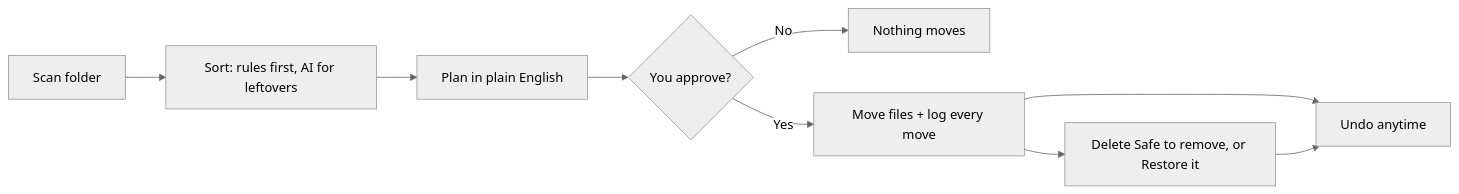
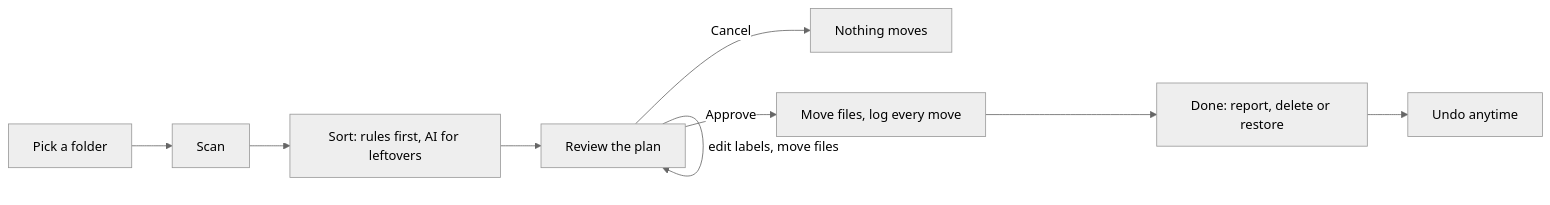
One commit to shifamehreen-005/laptop-care-agent changed the diagram in README.md. Above: the diagram before and after it, drawn with Mermaid (neutral theme). The commit also changed other lines of this file and 8 other files, not shown here.

````diff
--- a/README.md
+++ b/README.md
@@ -17,11 +17,11 @@
 ```mermaid
 flowchart LR
-    A[Scan folder] --> B[Sort: rules first, AI for leftovers]
-    B --> C[Plan in plain English]
-    C --> D{You approve?}
-    D -- No --> E[Nothing moves]
-    D -- Yes --> F[Move files + log every move]
-    F --> H[Delete Safe to remove, or Restore it]
-    F --> G[Undo anytime]
-    H --> G
+    A[Pick a folder] --> B[Scan]
+    B --> C[Sort: rules first, AI for leftovers]
+    C --> D[Review the plan]
+    D -- edit labels, move files --> D
+    D -- Cancel --> E[Nothing moves]
+    D -- Approve --> F[Move files, log every move]
+    F --> G[Done: report, delete or restore]
+    G --> H[Undo anytime]
 ```
````
